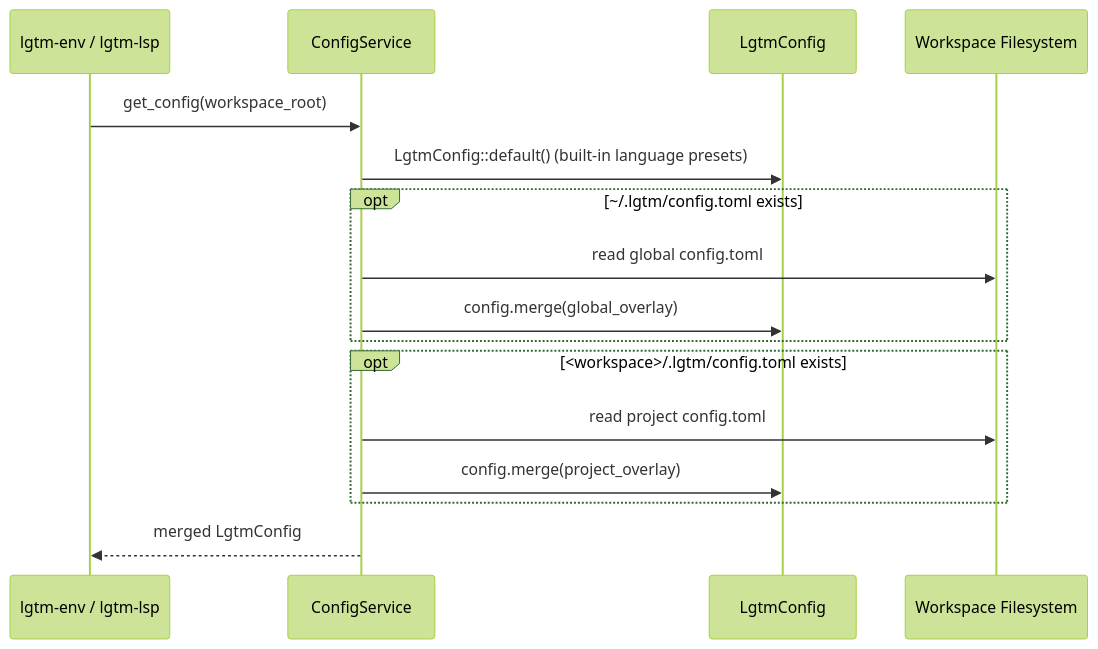
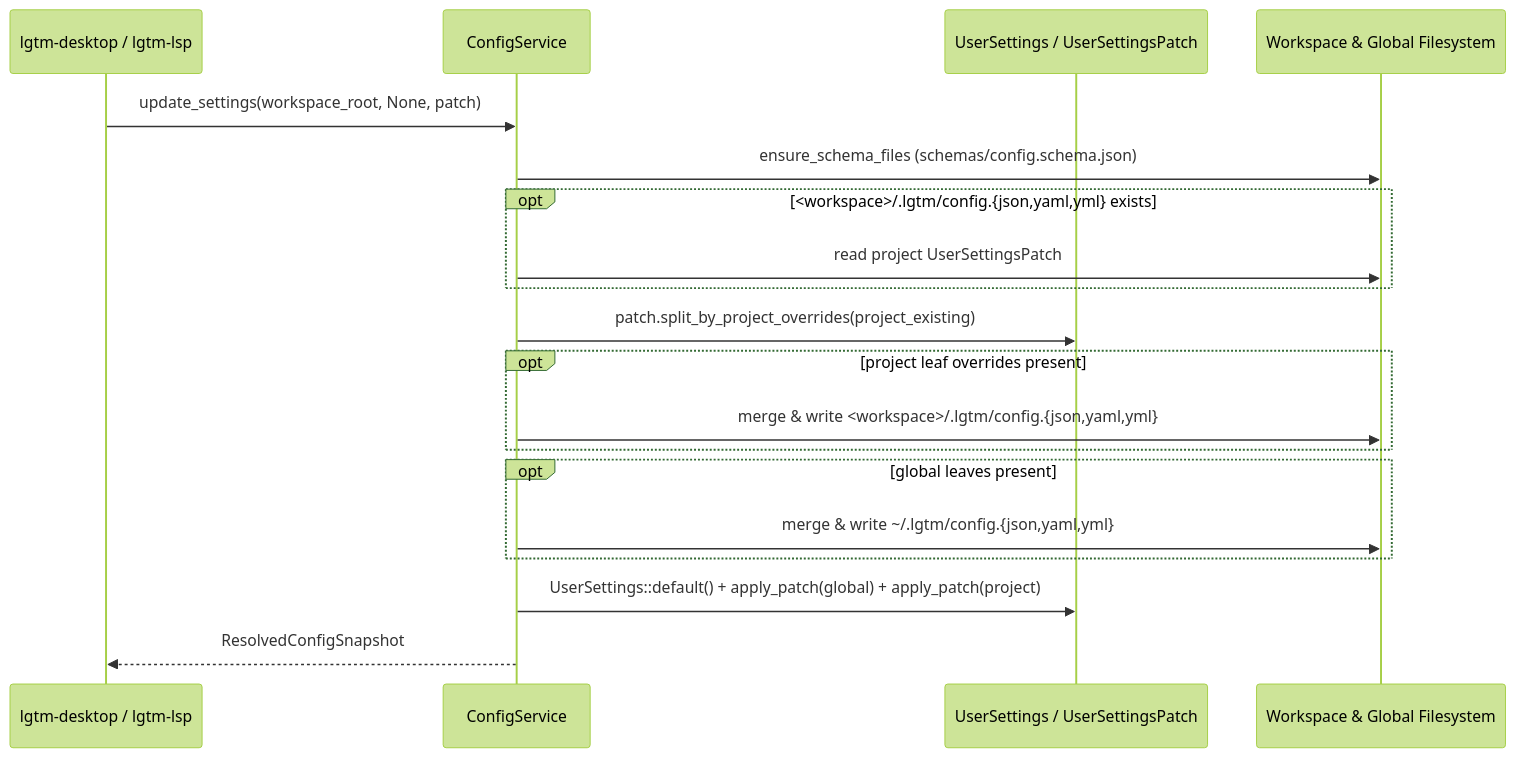
The second of 2 diagrams in docs/architecture/config/index.md (difflab-io/lgtm), drawn with Mermaid (forest theme) before and after one commit. The commit also changed other lines of this file and 7 other files, not shown here.

````diff
--- a/docs/architecture/config/index.md
+++ b/docs/architecture/config/index.md
@@ -69,19 +87,22 @@
 ```mermaid
 sequenceDiagram
-    participant Caller as lgtm-env / lgtm-lsp
+    participant Caller as lgtm-desktop / lgtm-lsp
     participant CfgSvc as ConfigService
-    participant Model as LgtmConfig
-    participant Disk as Workspace Filesystem
+    participant Settings as UserSettings / UserSettingsPatch
+    participant Disk as Workspace & Global Filesystem
 
-    Caller->>CfgSvc: get_config(workspace_root)
-    CfgSvc->>Model: LgtmConfig::default() (built-in language presets)
-    opt ~/.lgtm/config.toml exists
-        CfgSvc->>Disk: read global config.toml
-        CfgSvc->>Model: config.merge(global_overlay)
+    Caller->>CfgSvc: update_settings(workspace_root, None, patch)
+    CfgSvc->>Disk: ensure_schema_files (schemas/config.schema.json)
+    opt <workspace>/.lgtm/config.{json,yaml,yml} exists
+        CfgSvc->>Disk: read project UserSettingsPatch
     end
-    opt <workspace>/.lgtm/config.toml exists
-        CfgSvc->>Disk: read project config.toml
-        CfgSvc->>Model: config.merge(project_overlay)
+    CfgSvc->>Settings: patch.split_by_project_overrides(project_existing)
+    opt project leaf overrides present
+        CfgSvc->>Disk: merge & write <workspace>/.lgtm/config.{json,yaml,yml}
     end
-    CfgSvc-->>Caller: merged LgtmConfig
+    opt global leaves present
+        CfgSvc->>Disk: merge & write ~/.lgtm/config.{json,yaml,yml}
+    end
+    CfgSvc->>Settings: UserSettings::default() + apply_patch(global) + apply_patch(project)
+    CfgSvc-->>Caller: ResolvedConfigSnapshot
 ```
````
